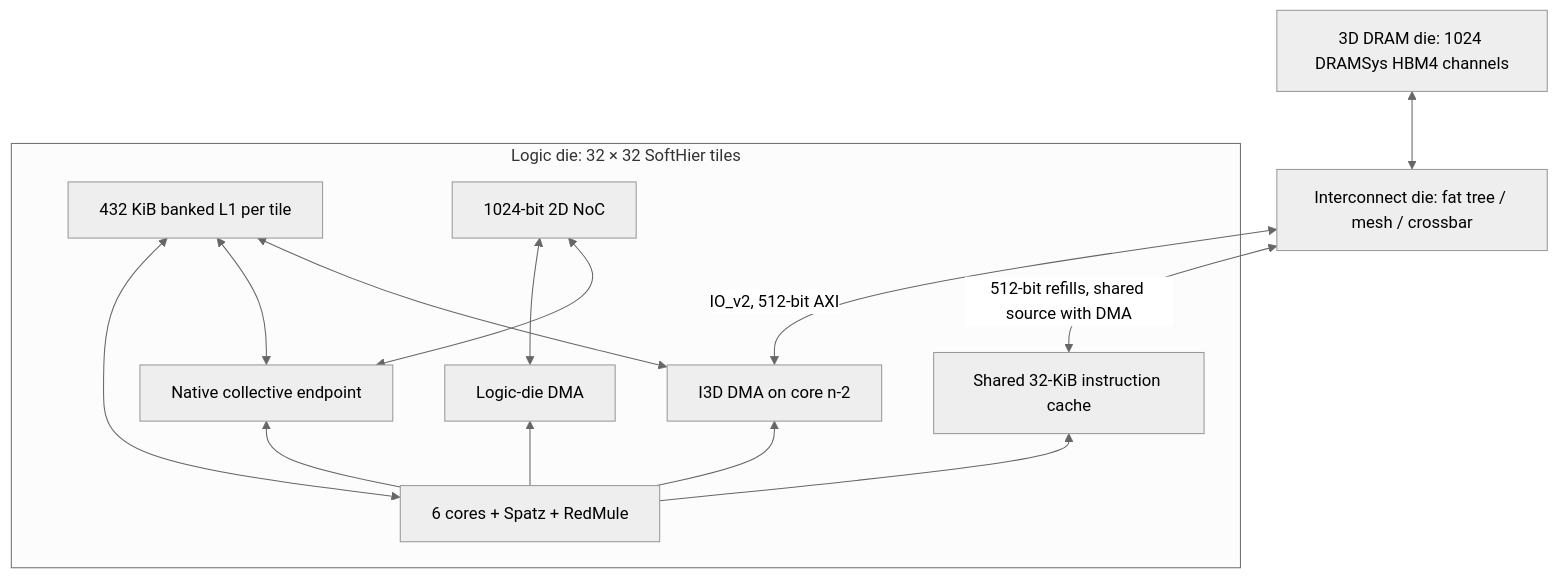
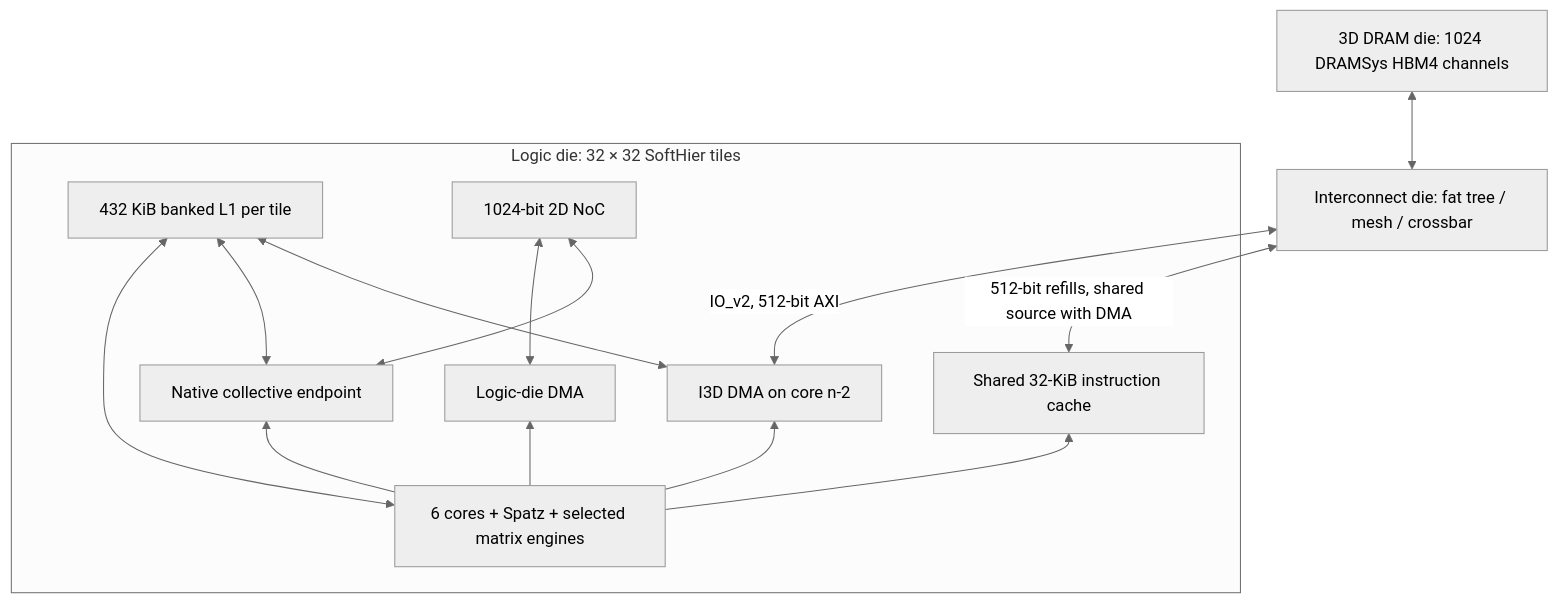
Before and after one commit to husterZC/gvsoc-pulp: the diagram in pulp/chips/arche3d/README.md, drawn with Mermaid (neutral theme). The commit also changed other lines of this file and 66 other files, not shown here.

````diff
--- a/pulp/chips/arche3d/README.md
+++ b/pulp/chips/arche3d/README.md
@@ -21,17 +21,17 @@
 ```mermaid
 flowchart BT
   subgraph Logic[Logic die: 32 × 32 SoftHier tiles]
-    PE[6 cores + Spatz + RedMule] <--> L1[432 KiB banked L1 per tile]
+    PE[6 cores + Spatz + selected matrix engines] <--> L1[432 KiB banked L1 per tile]
     PE --> IC[Shared 32-KiB instruction cache]
     PE --> DMA2[Logic-die DMA]
     DMA2 <--> Mesh[1024-bit 2D NoC]
     PE --> COL[Native collective endpoint]
     COL <--> Mesh
     COL <--> L1
     PE --> DMA3[I3D DMA on core n-2]
     DMA3 <--> L1
   end
   DMA3 <-->|IO_v2, 512-bit AXI| I3D[Interconnect die: fat tree / mesh / crossbar]
   IC <-->|512-bit refills, shared source with DMA| I3D
   I3D <--> DRAM[3D DRAM die: 1024 DRAMSys HBM4 channels]
 ```
````
